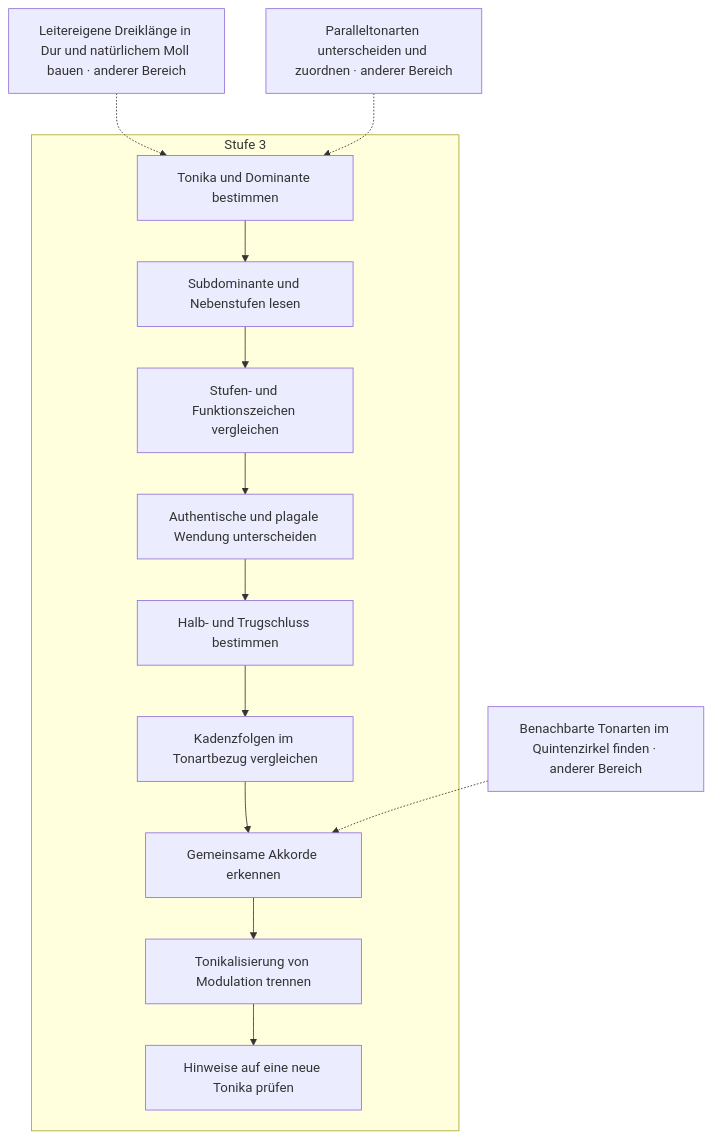
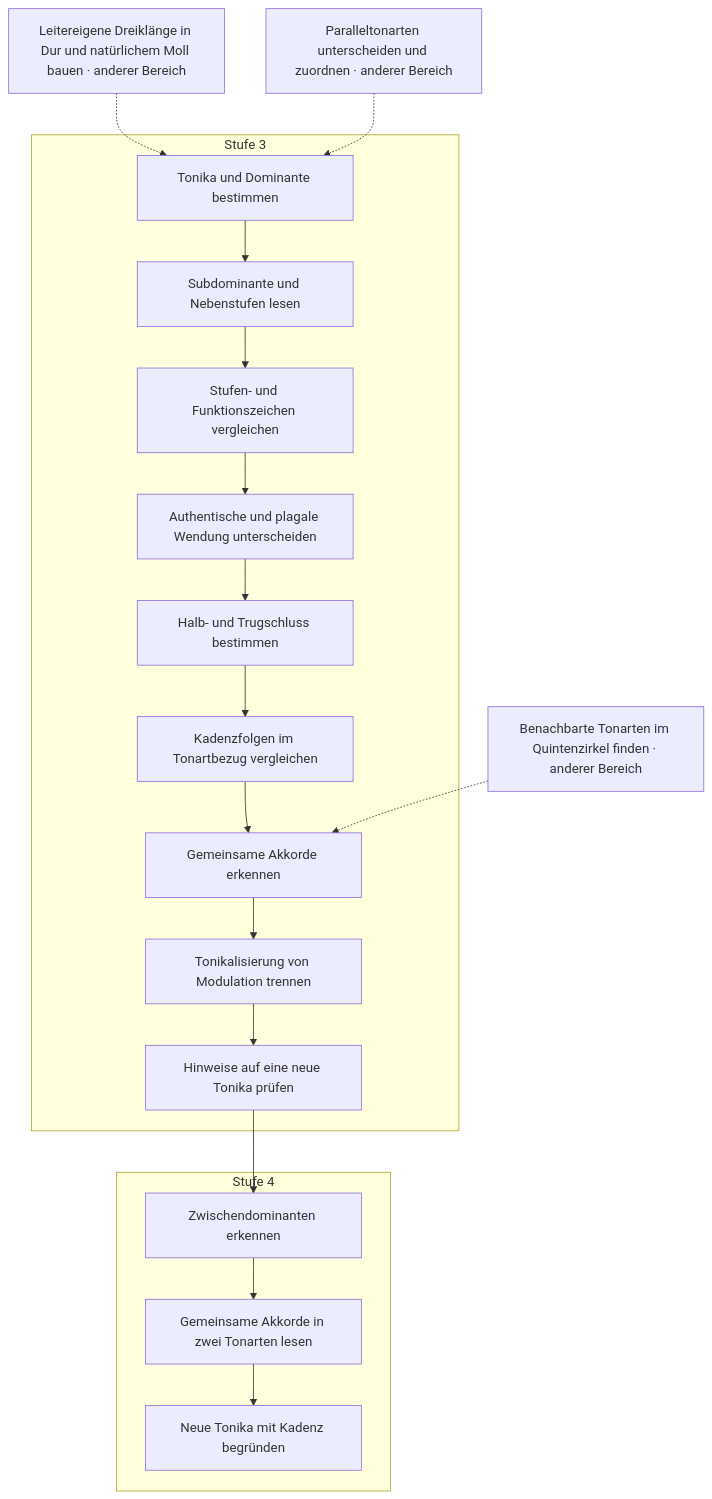
The tenth of 16 diagrams in docs/plan/faehigkeitsgraph-diagramme.md (PhiFa96/harmonia), drawn with Mermaid before and after one commit. The commit also changed other lines of this file and 41 other files, not shown here.

````diff
--- a/docs/plan/faehigkeitsgraph-diagramme.md
+++ b/docs/plan/faehigkeitsgraph-diagramme.md
@@ -654,28 +760,36 @@
 ```mermaid
 flowchart TD
   subgraph level3["Stufe 3"]
     s96["Tonika und Dominante bestimmen"]
     s97["Subdominante und Nebenstufen lesen"]
     s98["Stufen- und Funktionszeichen vergleichen"]
     s99["Authentische und plagale Wendung unterscheiden"]
     s100["Halb- und Trugschluss bestimmen"]
     s101["Kadenzfolgen im Tonartbezug vergleichen"]
     s102["Gemeinsame Akkorde erkennen"]
     s103["Tonikalisierung von Modulation trennen"]
     s104["Hinweise auf eine neue Tonika prüfen"]
+  end
+  subgraph level4["Stufe 4"]
+    s135["Zwischendominanten erkennen"]
+    s136["Gemeinsame Akkorde in zwei Tonarten lesen"]
+    s137["Neue Tonika mit Kadenz begründen"]
   end
   s74["Leitereigene Dreiklänge in Dur und natürlichem Moll bauen · anderer Bereich"]
   s68["Paralleltonarten unterscheiden und zuordnen · anderer Bereich"]
   s66["Benachbarte Tonarten im Quintenzirkel finden · anderer Bereich"]
   s74 -.-> s96
   s68 -.-> s96
   s96 --> s97
   s97 --> s98
   s98 --> s99
   s99 --> s100
   s100 --> s101
   s101 --> s102
   s66 -.-> s102
   s102 --> s103
   s103 --> s104
+  s104 --> s135
+  s135 --> s136
+  s136 --> s137
 ```
````
